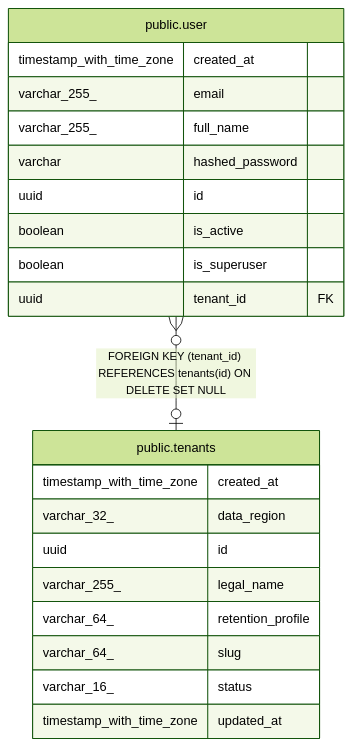
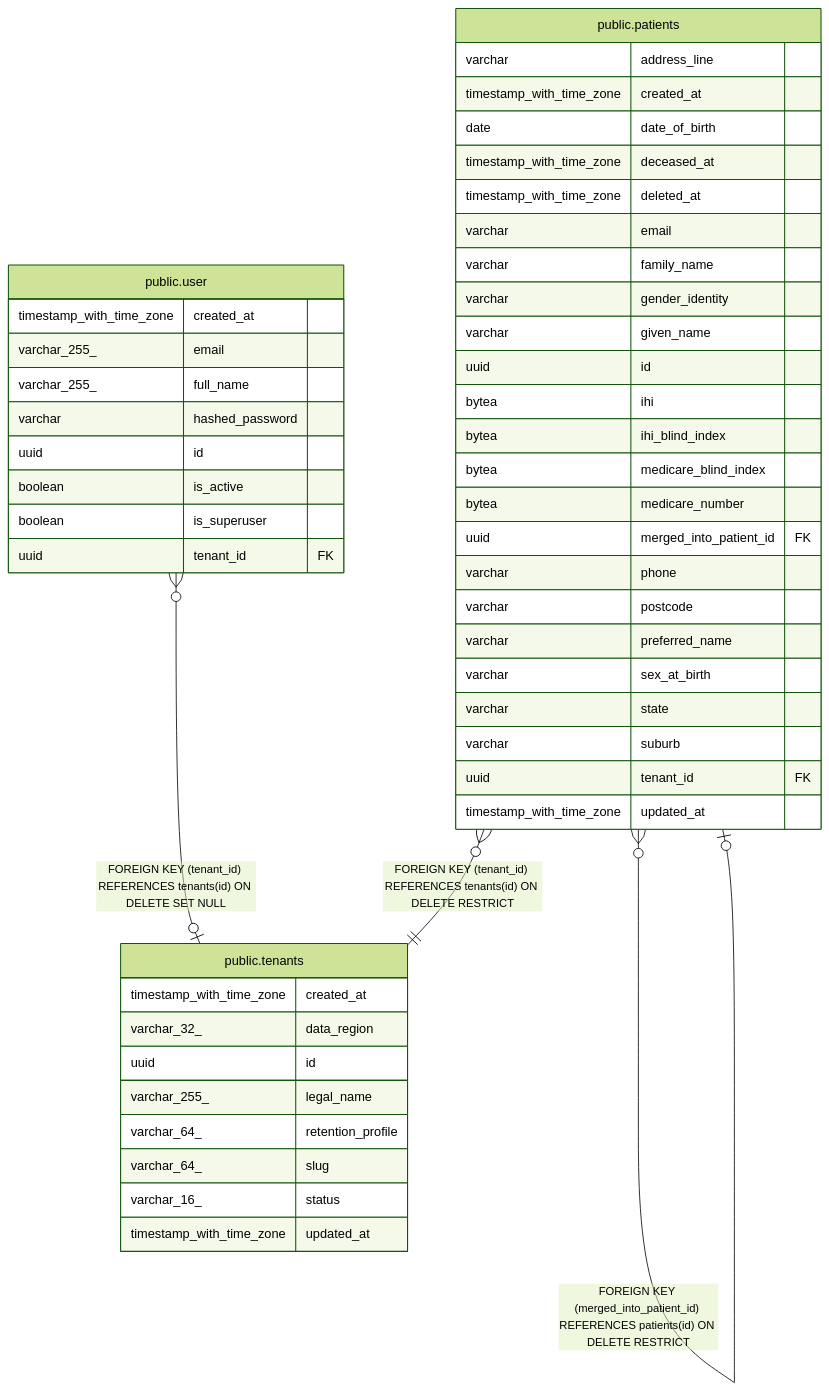
One commit to irajput215/clinic-os changed the diagram in docs/reference/schema/README.md. Above: the diagram before and after it, drawn with Mermaid (forest theme). The commit also changed other lines of this file and 10 other files, not shown here.

First line of the commit message:
feat(patients): the first tenant-scoped table, with RLS that actually enforces

````diff
--- a/docs/reference/schema/README.md
+++ b/docs/reference/schema/README.md
@@ -27,26 +28,53 @@
 ```mermaid
 erDiagram
 
+"public.patients" }o--|| "public.tenants" : "FOREIGN KEY (tenant_id) REFERENCES tenants(id) ON DELETE RESTRICT"
+"public.patients" }o--o| "public.patients" : "FOREIGN KEY (merged_into_patient_id) REFERENCES patients(id) ON DELETE RESTRICT"
 "public.user" }o--o| "public.tenants" : "FOREIGN KEY (tenant_id) REFERENCES tenants(id) ON DELETE SET NULL"
 
+"public.patients" {
+  varchar address_line
+  timestamp_with_time_zone created_at
+  date date_of_birth
+  timestamp_with_time_zone deceased_at
+  timestamp_with_time_zone deleted_at
+  varchar email
+  varchar family_name
+  varchar gender_identity
+  varchar given_name
+  uuid id
+  bytea ihi
+  bytea ihi_blind_index
+  bytea medicare_blind_index
+  bytea medicare_number
+  uuid merged_into_patient_id FK
+  varchar phone
+  varchar postcode
+  varchar preferred_name
+  varchar sex_at_birth
+  varchar state
+  varchar suburb
+  uuid tenant_id FK
+  timestamp_with_time_zone updated_at
+}
 "public.tenants" {
   timestamp_with_time_zone created_at
   varchar_32_ data_region
   uuid id
   varchar_255_ legal_name
   varchar_64_ retention_profile
   varchar_64_ slug
   varchar_16_ status
   timestamp_with_time_zone updated_at
 }
 "public.user" {
   timestamp_with_time_zone created_at
   varchar_255_ email
   varchar_255_ full_name
   varchar hashed_password
   uuid id
   boolean is_active
   boolean is_superuser
   uuid tenant_id FK
 }
 ```
````
